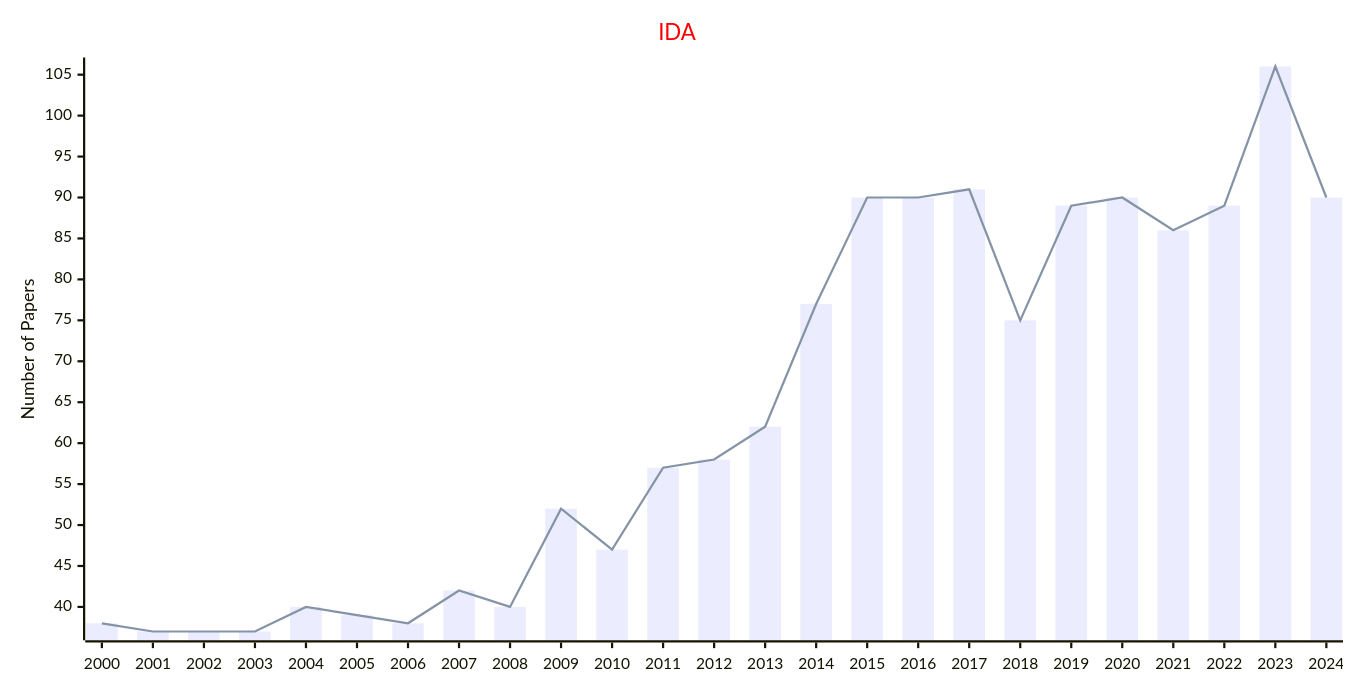
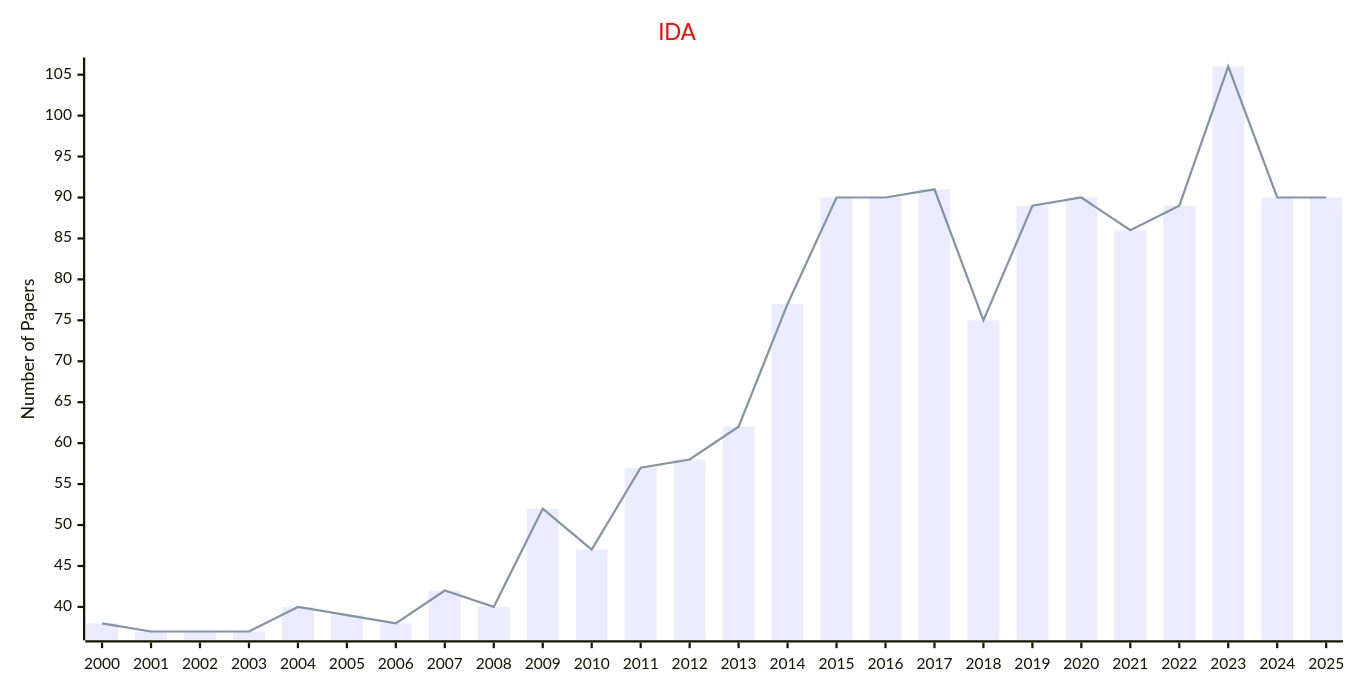
The sixth of 8 diagrams in docs/data/Journals/Statistics_Journals/Data_Mining.md (Easy-PhD/AILinks), drawn with Mermaid before and after one commit. The commit also changed other lines of this file and 93 other files, not shown here.

````diff
--- a/docs/data/Journals/Statistics_Journals/Data_Mining.md
+++ b/docs/data/Journals/Statistics_Journals/Data_Mining.md
@@ -129,17 +129,17 @@
 ```mermaid
 ---
 config:
     xyChart:
         width: 1200
         height: 600
     themeVariables:
         xyChart:
             titleColor: "#ff0000"
 ---
 xychart-beta
     title "IDA"
-    x-axis [2000, 2001, 2002, 2003, 2004, 2005, 2006, 2007, 2008, 2009, 2010, 2011, 2012, 2013, 2014, 2015, 2016, 2017, 2018, 2019, 2020, 2021, 2022, 2023, 2024]
+    x-axis [2000, 2001, 2002, 2003, 2004, 2005, 2006, 2007, 2008, 2009, 2010, 2011, 2012, 2013, 2014, 2015, 2016, 2017, 2018, 2019, 2020, 2021, 2022, 2023, 2024, 2025]
     y-axis "Number of Papers"
-    bar [38, 37, 37, 37, 40, 39, 38, 42, 40, 52, 47, 57, 58, 62, 77, 90, 90, 91, 75, 89, 90, 86, 89, 106, 90]
-    line [38, 37, 37, 37, 40, 39, 38, 42, 40, 52, 47, 57, 58, 62, 77, 90, 90, 91, 75, 89, 90, 86, 89, 106, 90]
+    bar [38, 37, 37, 37, 40, 39, 38, 42, 40, 52, 47, 57, 58, 62, 77, 90, 90, 91, 75, 89, 90, 86, 89, 106, 90, 90]
+    line [38, 37, 37, 37, 40, 39, 38, 42, 40, 52, 47, 57, 58, 62, 77, 90, 90, 91, 75, 89, 90, 86, 89, 106, 90, 90]
 ```
````
